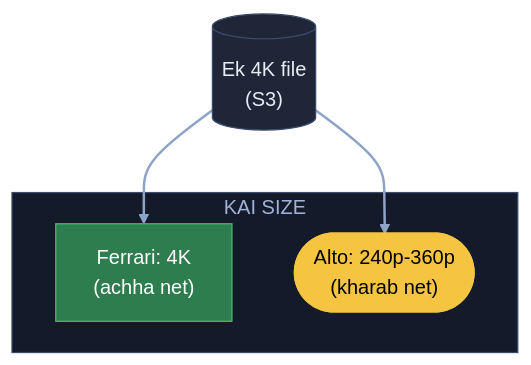
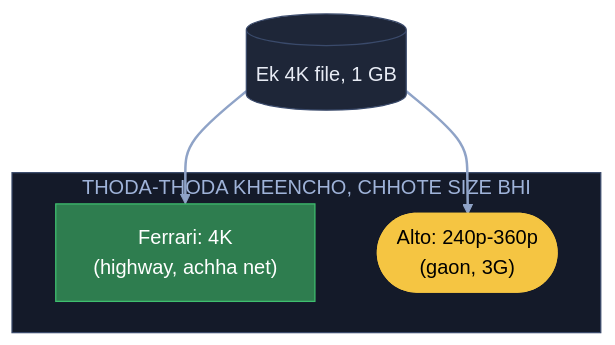
Diagram 11 of 15 in 04_HLD/SYSTEM_DESIGNS/03_twitter_feed/03_twitter_feed.md (ArpanMaheshwari144/Prep), drawn with Mermaid (forest theme) before and after one commit. The commit also changed other lines of this file, not shown here.

Commit message:
Twitter: 15 diagram hand notes ke shabdon se, K1 heading + K9 line notes jaisi

````diff
--- a/04_HLD/SYSTEM_DESIGNS/03_twitter_feed/03_twitter_feed.md
+++ b/04_HLD/SYSTEM_DESIGNS/03_twitter_feed/03_twitter_feed.md
@@ -368,16 +349,16 @@
 ```mermaid
 flowchart TB
-    V[("Ek 4K file<br/>(S3)")]:::card
-    subgraph KS["KAI SIZE"]
-        F["Ferrari: 4K<br/>(achha net)"]:::good
-        AL(["Alto: 240p-360p<br/>(kharab net)"]):::pill
+    V[("Ek 4K file, 1 GB")]:::card
+    subgraph TT["THODA-THODA KHEENCHO, CHHOTE SIZE BHI"]
+        F["Ferrari: 4K<br/>(highway, achha net)"]:::good
+        AL(["Alto: 240p-360p<br/>(gaon, 3G)"]):::pill
     end
     V --> F
     V --> AL
     linkStyle default stroke:#8fa3c7,stroke-width:2px
     classDef card fill:#1e2638,stroke:#3a4a6b,color:#e8ecf5
     classDef pill fill:#f5c542,stroke:#f5c542,color:#000
     classDef good fill:#2e7d4f,stroke:#3fbf6f,color:#fff
     classDef bad fill:#5c1f24,stroke:#e05561,color:#fff
-    style KS fill:#141a29,stroke:#3a4a6b,color:#9fb3d9
+    style TT fill:#141a29,stroke:#3a4a6b,color:#9fb3d9
 ```
````
